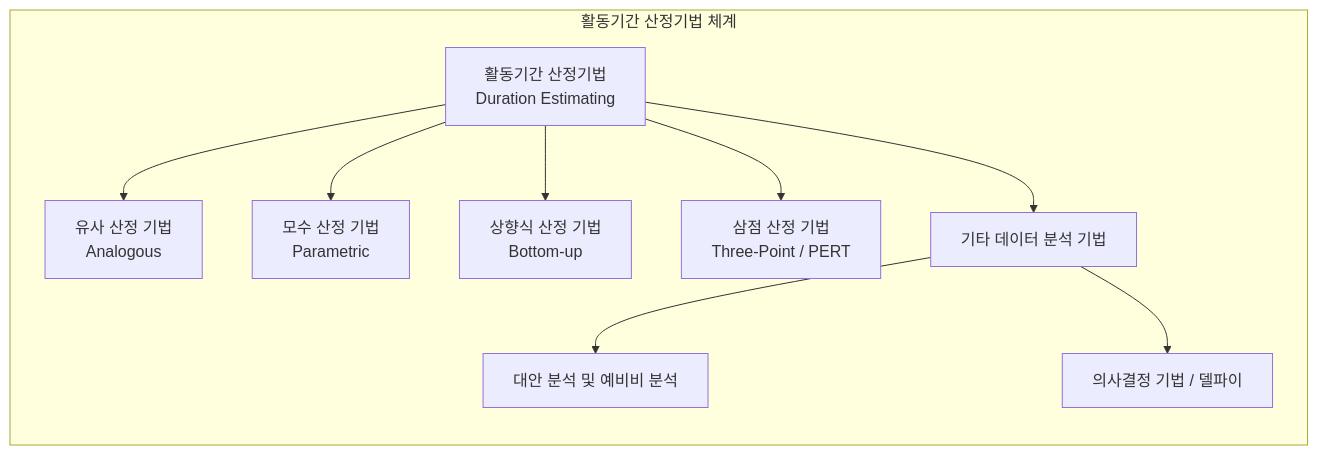
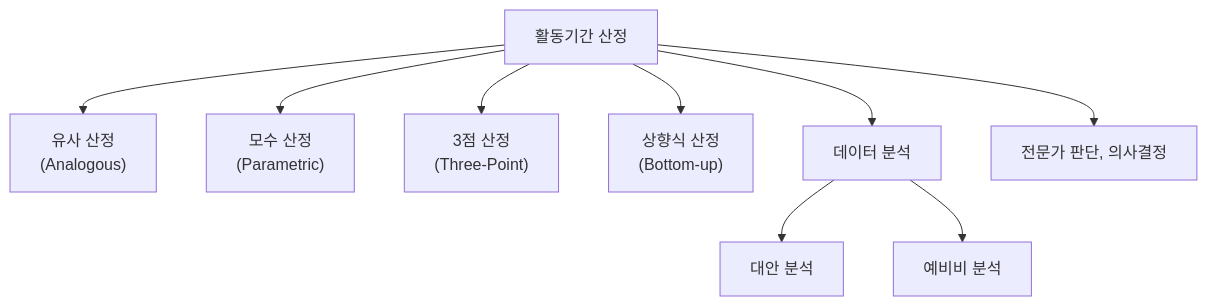
Before and after one commit to supremethumb/supremethumb.github.io: the diagram in content/01_IT Tech/활동기간 산정기법.md, drawn with Mermaid. The commit also changed other lines of this file and 1087 other files, not shown here.

````diff
--- a/content/01_IT Tech/활동기간 산정기법.md
+++ b/content/01_IT Tech/활동기간 산정기법.md
@@ -23,15 +35,11 @@
 ```mermaid
 flowchart TB
-    subgraph 활동기간 산정기법 체계
-        direction TB
-        A[활동기간 산정기법<br/>Duration Estimating] --> B[유사 산정 기법<br/>Analogous]
-        A --> C[모수 산정 기법<br/>Parametric]
-        A --> D[상향식 산정 기법<br/>Bottom-up]
-        A --> E[삼점 산정 기법<br/>Three-Point / PERT]
-        A --> F[기타 데이터 분석 기법]
-        
-        F --> F1[대안 분석 및 예비비 분석]
-        F --> F2[의사결정 기법 / 델파이]
-    end
-
+    A["활동기간 산정"] --> B["유사 산정<br/>(Analogous)"]
+    A --> C["모수 산정<br/>(Parametric)"]
+    A --> D["3점 산정<br/>(Three-Point)"]
+    A --> E["상향식 산정<br/>(Bottom-up)"]
+    A --> F["데이터 분석"]
+    A --> G["전문가 판단, 의사결정"]
+    F --> F1["대안 분석"]
+    F --> F2["예비비 분석"]
 ```
````
